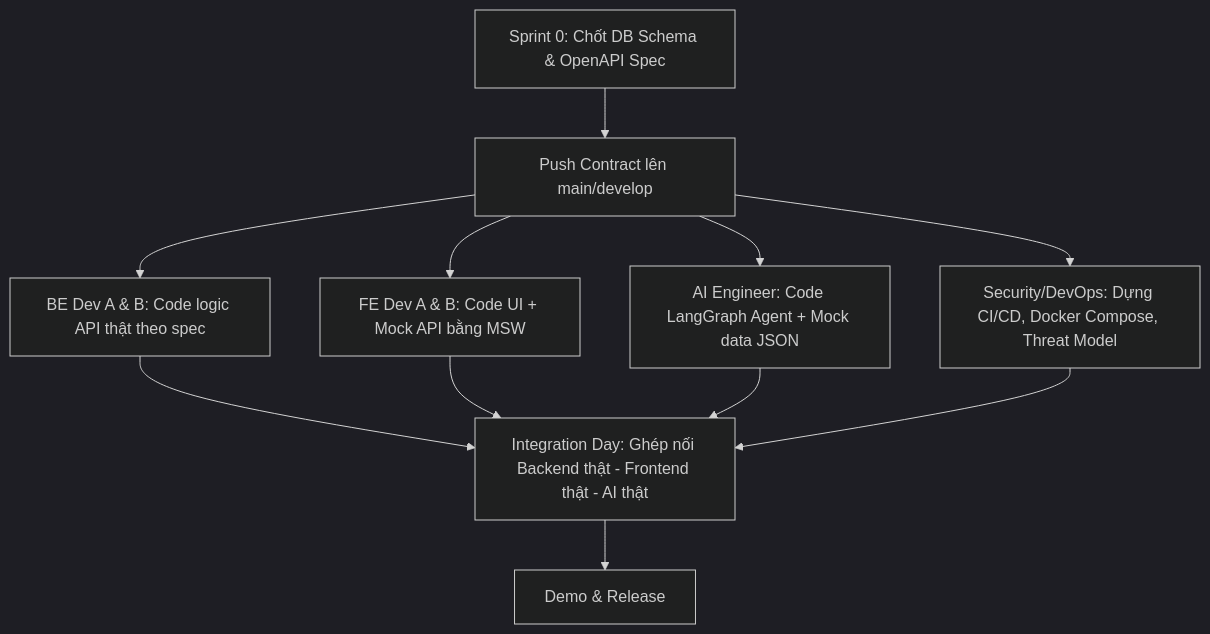
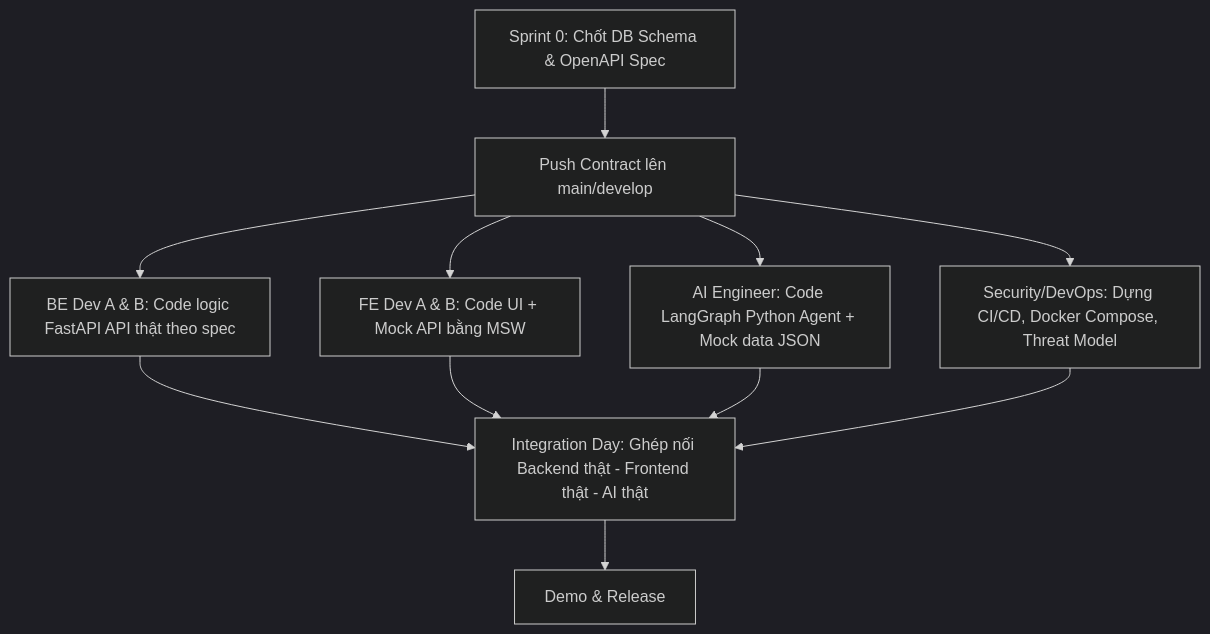
Before and after one commit to b4ck12/Group_Project: the diagram in explain.md, drawn with Mermaid (dark theme). The commit also changed other lines of this file and 11 other files, not shown here.

````diff
--- a/explain.md
+++ b/explain.md
@@ -24,13 +24,13 @@
 ```mermaid
 graph TD
     A[Sprint 0: Chốt DB Schema & OpenAPI Spec] --> B[Push Contract lên main/develop]
-    B --> C1[BE Dev A & B: Code logic API thật theo spec]
+    B --> C1[BE Dev A & B: Code logic FastAPI API thật theo spec]
     B --> C2[FE Dev A & B: Code UI + Mock API bằng MSW]
-    B --> C3[AI Engineer: Code LangGraph Agent + Mock data JSON]
+    B --> C3[AI Engineer: Code LangGraph Python Agent + Mock data JSON]
     B --> C4[Security/DevOps: Dựng CI/CD, Docker Compose, Threat Model]
     C1 --> D[Integration Day: Ghép nối Backend thật - Frontend thật - AI thật]
     C2 --> D
     C3 --> D
     C4 --> D
     D --> E[Demo & Release]
 ```
````
